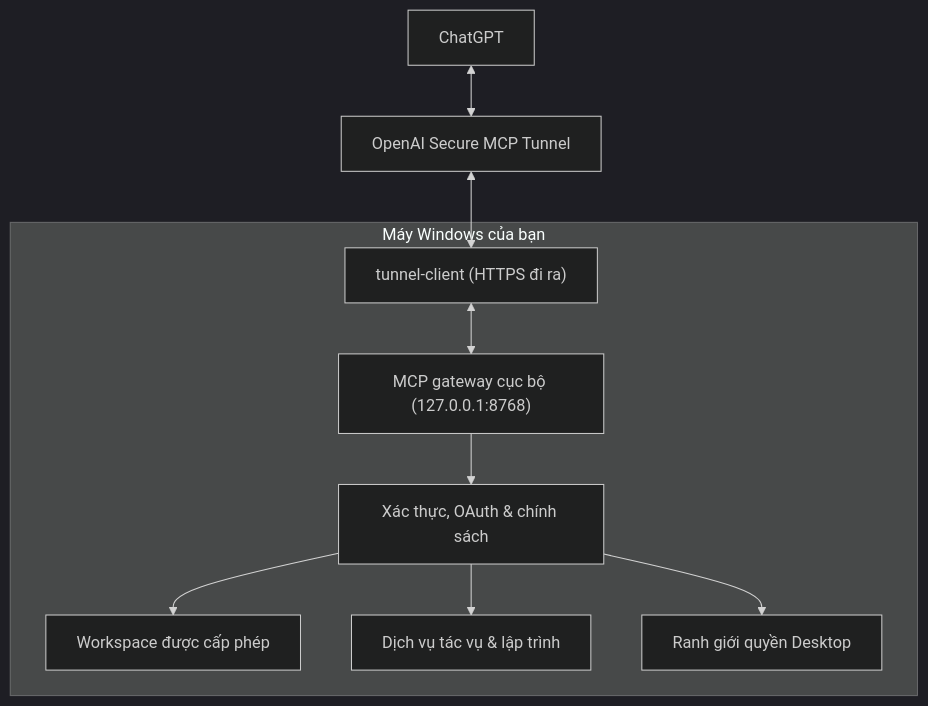
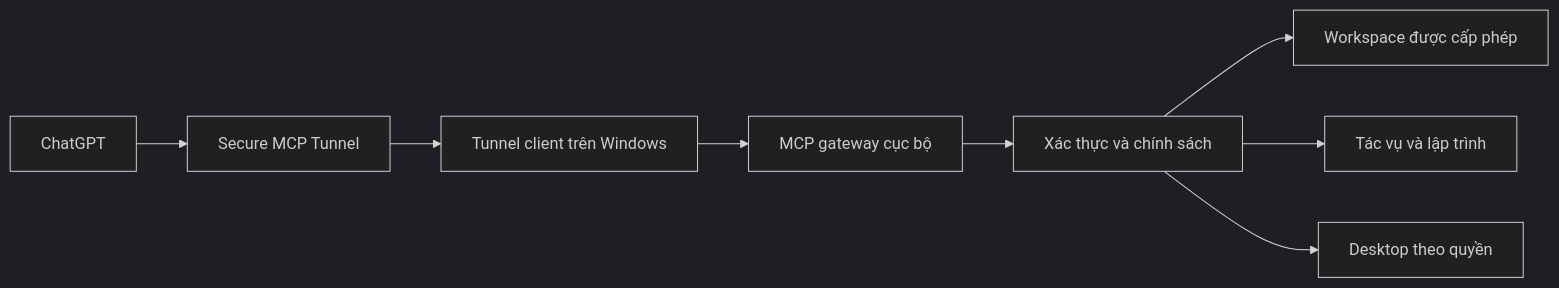
Before and after one commit to phuonghuster7/winowner-mcp: the diagram in README.vi.md, drawn with Mermaid (dark theme).

Commit message:
docs: simplify bilingual Mermaid flowcharts for GitHub rendering

````diff
--- a/README.vi.md
+++ b/README.vi.md
@@ -34,12 +34,10 @@
 ```mermaid
-flowchart TD
-  C["ChatGPT"] <--> T["OpenAI Secure MCP Tunnel"]
-  subgraph W["Máy Windows của bạn"]
-    A["tunnel-client (HTTPS đi ra)"] <--> G["MCP gateway cục bộ (127.0.0.1:8768)"]
-    G --> P["Xác thực, OAuth & chính sách"]
-    P --> F["Workspace được cấp phép"]
-    P --> J["Dịch vụ tác vụ & lập trình"]
-    P --> D["Ranh giới quyền Desktop"]
-  end
-  T <--> A
+flowchart LR
+  C["ChatGPT"] --> T["Secure MCP Tunnel"]
+  T --> A["Tunnel client trên Windows"]
+  A --> G["MCP gateway cục bộ"]
+  G --> P["Xác thực và chính sách"]
+  P --> F["Workspace được cấp phép"]
+  P --> J["Tác vụ và lập trình"]
+  P --> D["Desktop theo quyền"]
 ```
````
